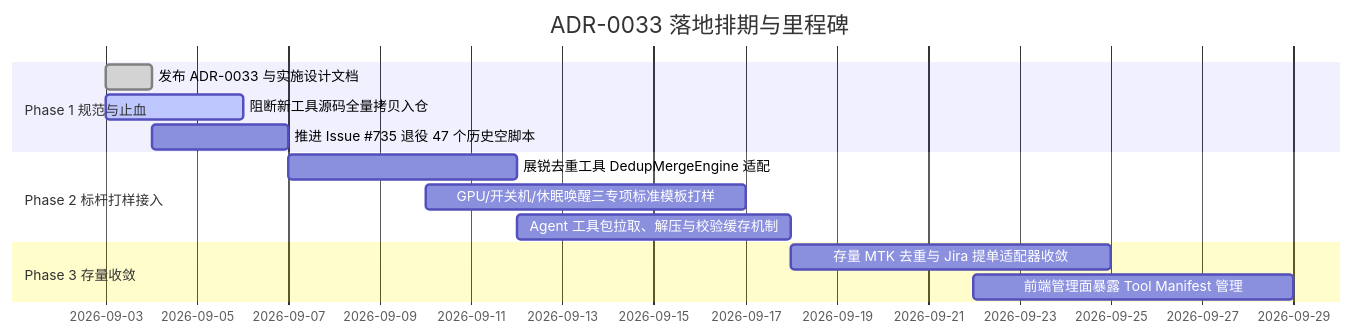
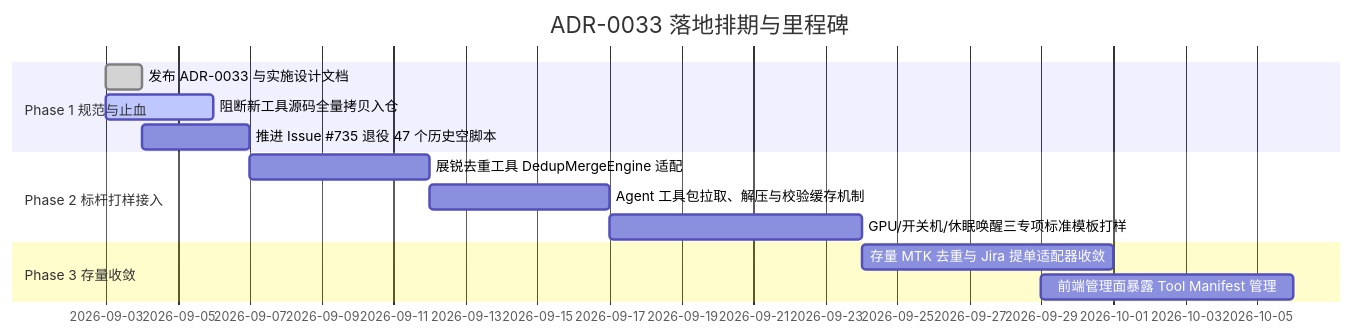
Before and after one commit to DUElost/stability-test-platform: the second of 2 diagrams in docs/design/2026-09-external-tools-integration-and-package-architecture.md, drawn with Mermaid. The commit also changed other lines of this file and 8 other files, not shown here.

````diff
--- a/docs/design/2026-09-external-tools-integration-and-package-architecture.md
+++ b/docs/design/2026-09-external-tools-integration-and-package-architecture.md
@@ -230,16 +271,16 @@
 ```mermaid
 gantt
     title ADR-0033 落地排期与里程碑
     dateFormat  YYYY-MM-DD
     section Phase 1 规范与止血
     发布 ADR-0033 与实施设计文档           :done, 2026-09-03, 1d
     阻断新工具源码全量拷贝入仓             :active, 2026-09-03, 3d
     推进 Issue #735 退役 47 个历史空脚本   :2026-09-04, 3d
     section Phase 2 标杆打样接入
     展锐去重工具 DedupMergeEngine 适配    :2026-09-07, 5d
-    GPU/开关机/休眠唤醒三专项标准模板打样  :2026-09-10, 7d
-    Agent 工具包拉取、解压与校验缓存机制  :2026-09-12, 6d
+    Agent 工具包拉取、解压与校验缓存机制  :2026-09-12, 5d
+    GPU/开关机/休眠唤醒三专项标准模板打样  :2026-09-17, 7d
     section Phase 3 存量收敛
-    存量 MTK 去重与 Jira 提单适配器收敛   :2026-09-18, 7d
-    前端管理面暴露 Tool Manifest 管理     :2026-09-22, 7d
+    存量 MTK 去重与 Jira 提单适配器收敛   :2026-09-24, 7d
+    前端管理面暴露 Tool Manifest 管理     :2026-09-29, 7d
 ```
````
